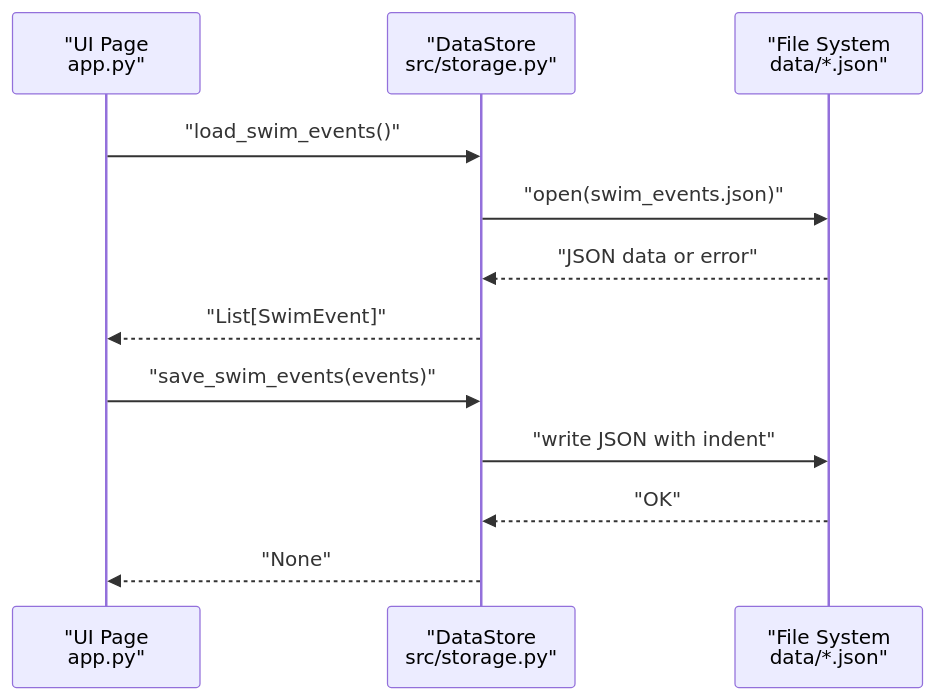
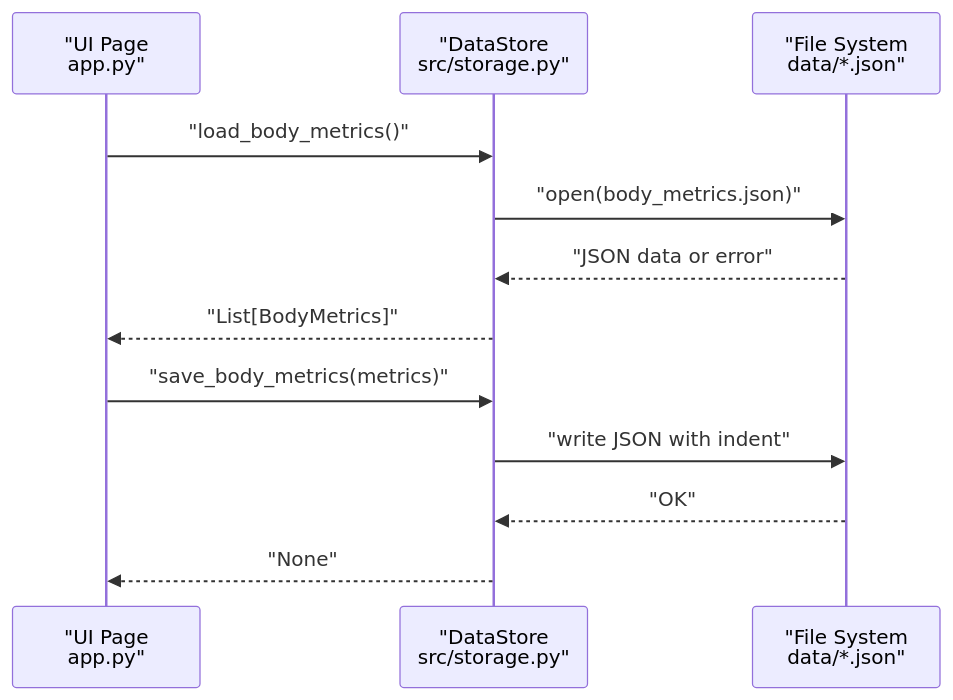
Before and after one commit to Johnny22056/SwimingStatus: the sixth of 8 diagrams in .qoder/repowiki/en/content/Data Models/Data Models.md, drawn with Mermaid. The commit also changed other lines of this file and 5 other files, not shown here.

````diff
--- a/.qoder/repowiki/en/content/Data Models/Data Models.md
+++ b/.qoder/repowiki/en/content/Data Models/Data Models.md
@@ -365,14 +397,14 @@
 ```mermaid
 sequenceDiagram
 participant UI as "UI Page<br/>app.py"
 participant DS as "DataStore<br/>src/storage.py"
 participant FS as "File System<br/>data/*.json"
-UI->>DS : "load_swim_events()"
-DS->>FS : "open(swim_events.json)"
+UI->>DS : "load_body_metrics()"
+DS->>FS : "open(body_metrics.json)"
 FS-->>DS : "JSON data or error"
-DS-->>UI : "List[SwimEvent]"
-UI->>DS : "save_swim_events(events)"
+DS-->>UI : "List[BodyMetrics]"
+UI->>DS : "save_body_metrics(metrics)"
 DS->>FS : "write JSON with indent"
 FS-->>DS : "OK"
 DS-->>UI : "None"
 ```
````
